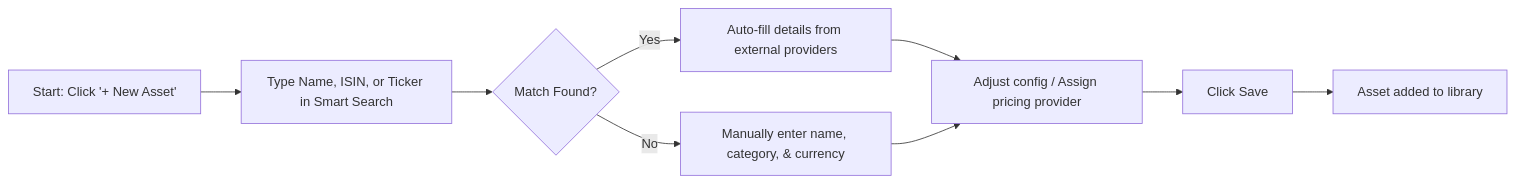
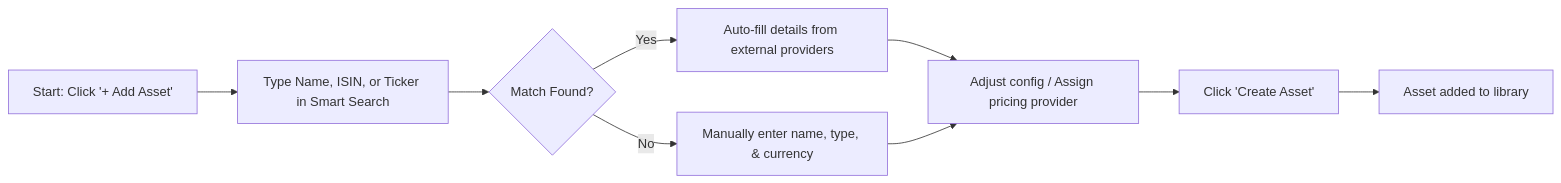
Before and after one commit to Librefolio/LibreFolio: the first of 2 diagrams in mkdocs_src/docs/user/assets/create-edit.en.md, drawn with Mermaid. The commit also changed other lines of this file and 40 other files, not shown here.

````diff
--- a/mkdocs_src/docs/user/assets/create-edit.en.md
+++ b/mkdocs_src/docs/user/assets/create-edit.en.md
@@ -14,11 +14,11 @@
     ```mermaid
     flowchart LR
-        A[Start: Click '+ New Asset'] --> B[Type Name, ISIN, or Ticker in Smart Search]
+        A[Start: Click '+ Add Asset'] --> B[Type Name, ISIN, or Ticker in Smart Search]
         B --> C{Match Found?}
         C -->|Yes| D[Auto-fill details from external providers]
-        C -->|No| E[Manually enter name, category, & currency]
+        C -->|No| E[Manually enter name, type, & currency]
         D --> F[Adjust config / Assign pricing provider]
         E --> F
-        F --> G[Click Save]
+        F --> G[Click 'Create Asset']
         G --> H[Asset added to library]
     ```
````
